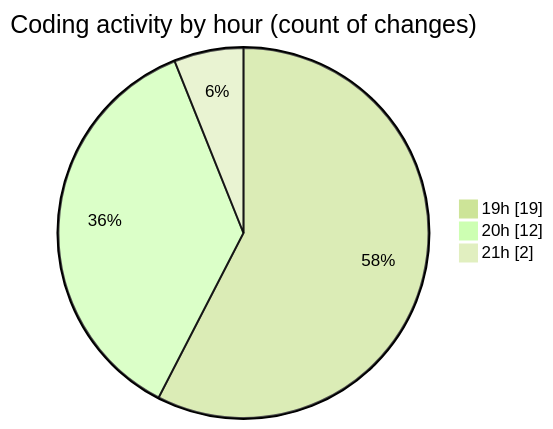
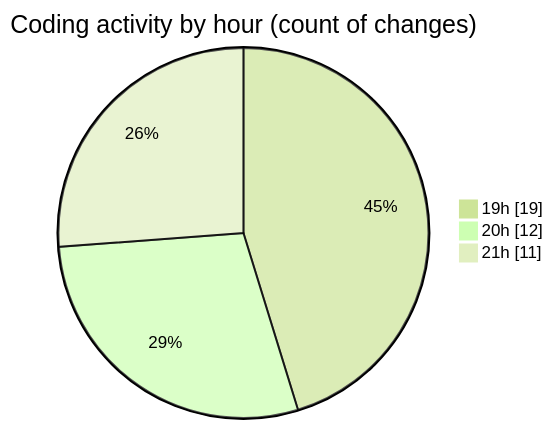
One commit to lephambinh05/code-tracking changed the second of 2 diagrams in 2025-07-28/quanlyrapchieuphim-2/README.md. Above: the diagram before and after it, drawn with Mermaid (forest theme). The commit also changed other lines of this file and 1 other file, not shown here.

````diff
--- a/2025-07-28/quanlyrapchieuphim-2/README.md
+++ b/2025-07-28/quanlyrapchieuphim-2/README.md
@@ -43,7 +46,7 @@
 ```mermaid
 pie showData
 title Coding activity by hour (count of changes)
 "19h" : 19
 "20h" : 12
-"21h" : 2
+"21h" : 11
 ```
````
